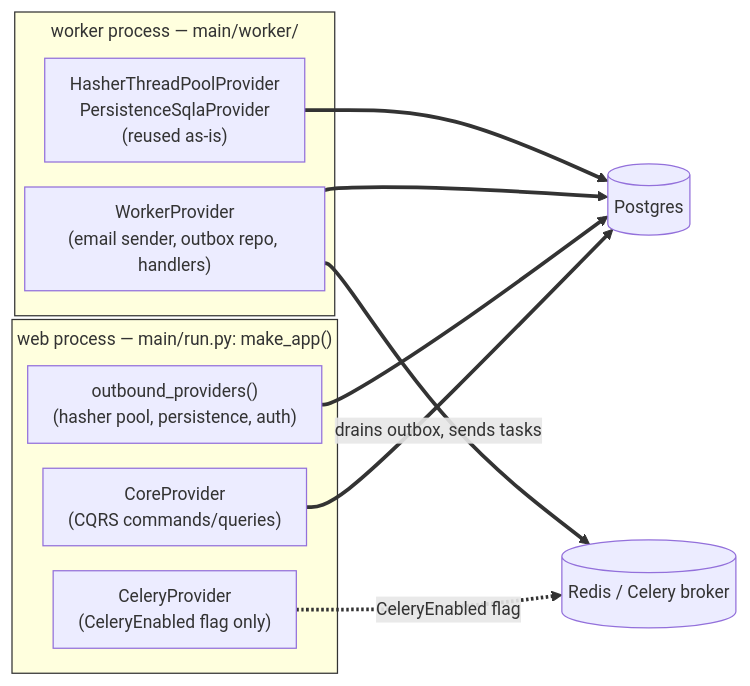
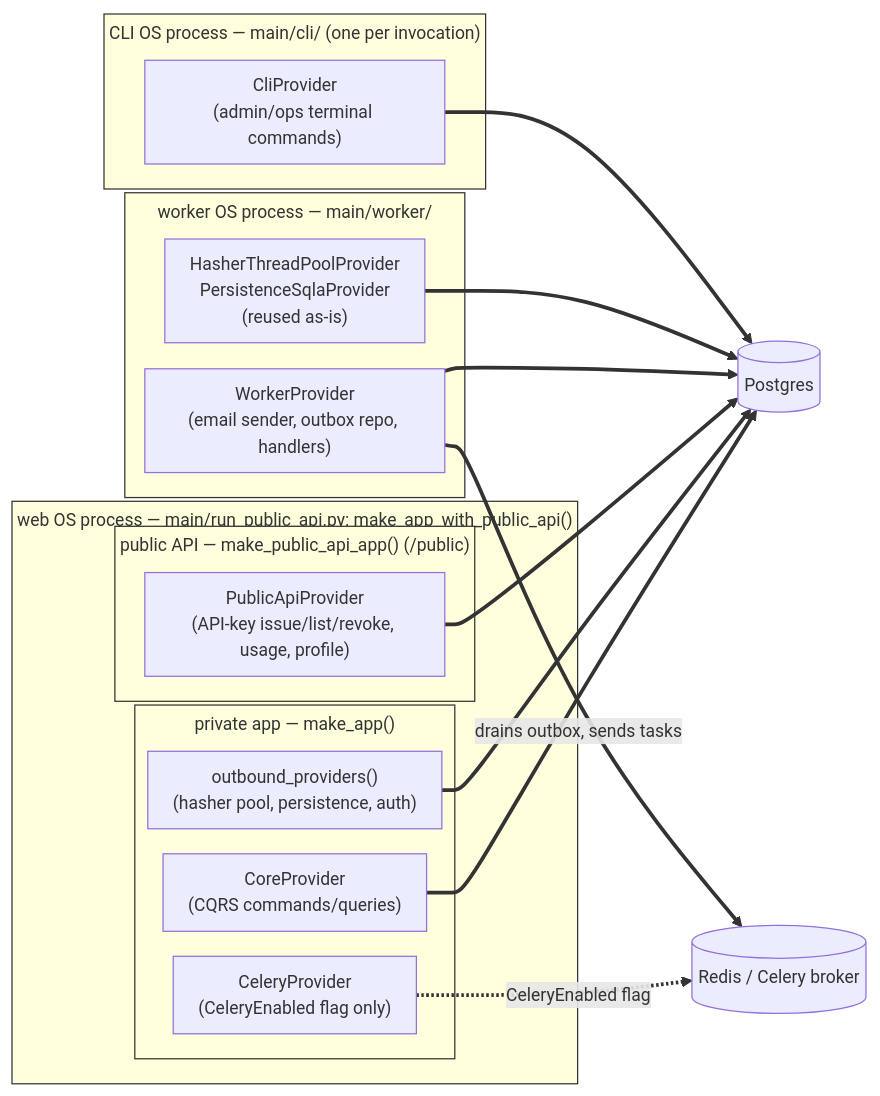
One commit to Kgotso-Koete/fastapi-clean-example changed the diagram in docs/wiki/content/architecture/main-composition-root.md. Above: the diagram before and after it, drawn with Mermaid. The commit also changed other lines of this file and 84 other files, not shown here.

Commit message:
feat(auth): add public API with API-key authentication (v0.14.0) (#12)

````diff
--- a/docs/wiki/content/architecture/main-composition-root.md
+++ b/docs/wiki/content/architecture/main-composition-root.md
@@ -24,28 +28,42 @@
     ```mermaid
     %%{init: {"theme": "default", "themeVariables": {"fontSize": "14px"}, "flowchart": {"nodeSpacing": 20, "rankSpacing": 16, "padding": 10, "subGraphTitleMargin": {"top": 5, "bottom": 12}, "useMaxWidth": false}}}%%
     flowchart LR
-        subgraph web["web process — main/run.py: make_app()"]
-            core_p["CoreProvider\n(CQRS commands/queries)"]
-            outbound_p["outbound_providers()\n(hasher pool, persistence, auth)"]
-            celery_p["CeleryProvider\n(CeleryEnabled flag only)"]
+        subgraph webproc["web OS process — main/run_public_api.py: make_app_with_public_api()"]
+            subgraph web["private app — make_app()"]
+                core_p["CoreProvider\n(CQRS commands/queries)"]
+                outbound_p["outbound_providers()\n(hasher pool, persistence, auth)"]
+                celery_p["CeleryProvider\n(CeleryEnabled flag only)"]
+            end
+            subgraph pub["public API — make_public_api_app() (/public)"]
+                pub_p["PublicApiProvider\n(API-key issue/list/revoke, usage, profile)"]
+            end
         end
 
-        subgraph worker["worker process — main/worker/"]
+        subgraph worker["worker OS process — main/worker/"]
             worker_p["WorkerProvider\n(email sender, outbox repo, handlers)"]
             outbound_reuse["HasherThreadPoolProvider\nPersistenceSqlaProvider\n(reused as-is)"]
+        end
+
+        subgraph cliproc["CLI OS process — main/cli/ (one per invocation)"]
+            cli_p["CliProvider\n(admin/ops terminal commands)"]
         end
 
         db[("Postgres")]
         redis[("Redis / Celery broker")]
 
         core_p --> db
         outbound_p --> db
+        pub_p --> db
         worker_p --> db
         outbound_reuse --> db
+        cli_p --> db
         celery_p -.->|CeleryEnabled flag| redis
         worker_p -->|drains outbox, sends tasks| redis
 
         linkStyle default stroke-width:3px,stroke:#333333
+        style webproc stroke-width:1px,stroke:#333333
         style web stroke-width:1px,stroke:#333333
+        style pub stroke-width:1px,stroke:#333333
         style worker stroke-width:1px,stroke:#333333
+        style cliproc stroke-width:1px,stroke:#333333
     ```
````
